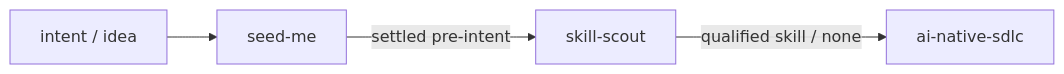
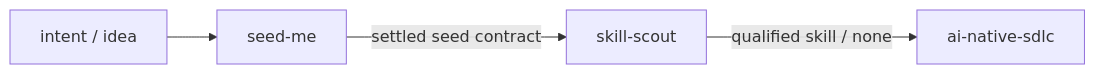
The diagram in README.md (jon-devlapaz/tink-skills), drawn with Mermaid before and after one commit. The commit also changed other lines of this file and 8 other files, not shown here.

First line of the commit message:
feat(seed-me): seed-contract rename, assumed defaults, two-option questions

````diff
--- a/README.md
+++ b/README.md
@@ -11,6 +11,6 @@
 ```mermaid
 flowchart LR
     intent["intent / idea"] --> seed_me["seed-me"]
-    seed_me -->|settled pre-intent| scout["skill-scout"]
+    seed_me -->|settled seed contract| scout["skill-scout"]
     scout -->|qualified skill / none| implementation["ai-native-sdlc"]
 ```
````
